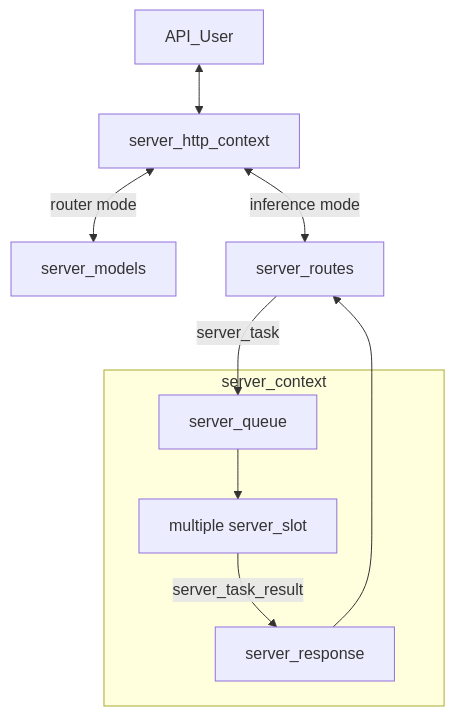
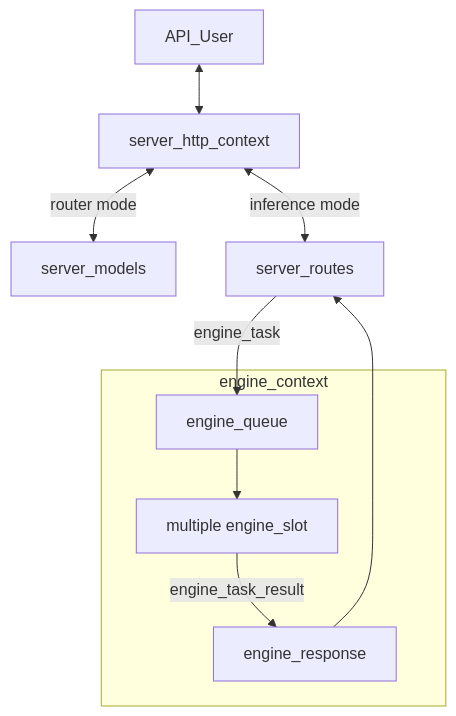
The first of 2 diagrams in tools/server/README-dev.md (ggerganov/llama.cpp), drawn with Mermaid before and after one commit. The commit also changed other lines of this file and 40 other files, not shown here.

Commit message:
engine: separate engine and server

````diff
--- a/tools/server/README-dev.md
+++ b/tools/server/README-dev.md
@@ -62,13 +67,13 @@
 ```mermaid
 graph TD
     API_User <--> server_http_context
     server_http_context <-- router mode --> server_models
     server_http_context <-- inference mode --> server_routes
-    server_routes -- server_task --> server_queue
-    subgraph server_context
-        server_queue --> server_slot
-        server_slot -- server_task_result --> server_response
-        server_slot[multiple server_slot]
+    server_routes -- engine_task --> engine_queue
+    subgraph engine_context
+        engine_queue --> engine_slot
+        engine_slot -- engine_task_result --> engine_response
+        engine_slot[multiple engine_slot]
     end
-    server_response --> server_routes
+    engine_response --> server_routes
 ```
````
